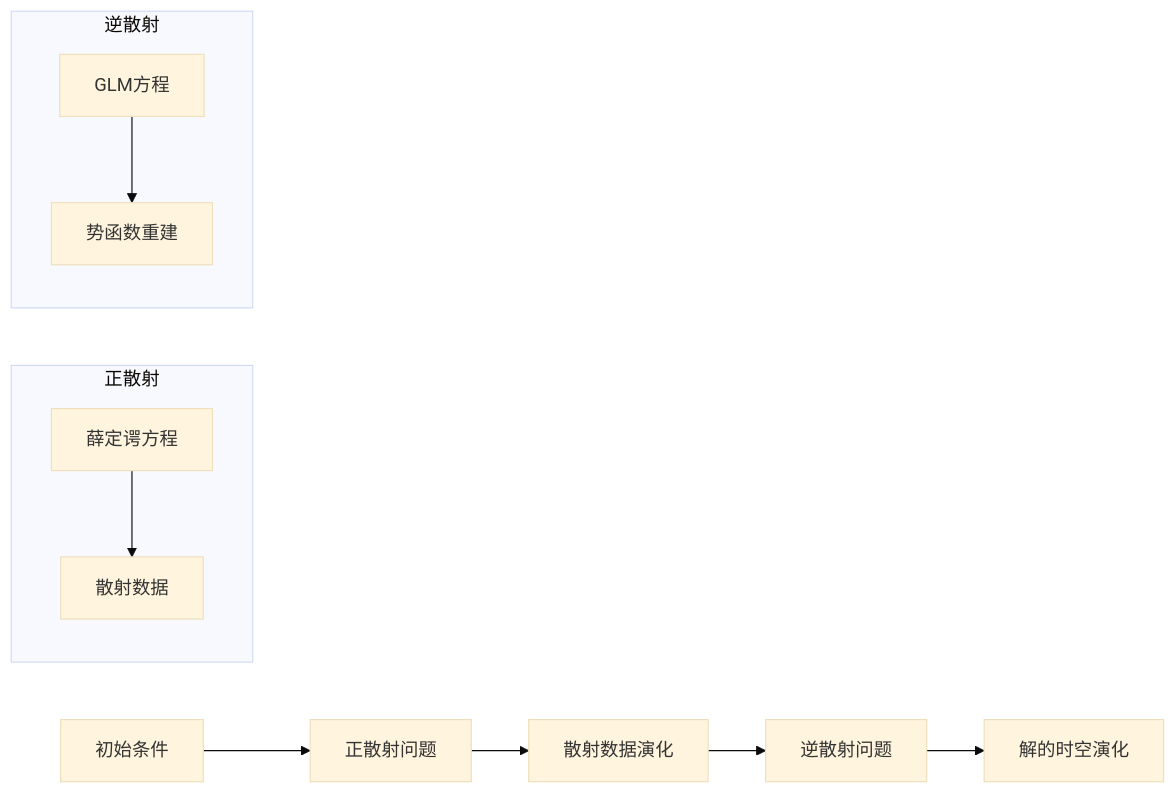
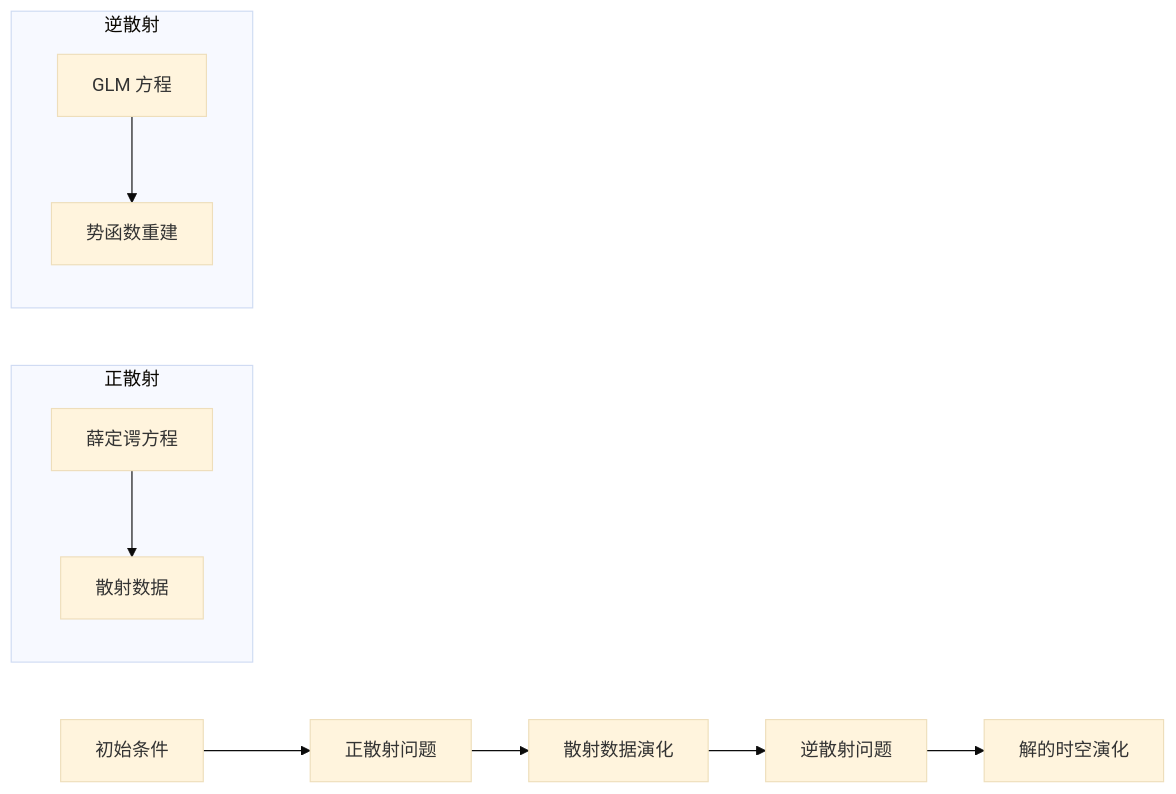
One commit to Tianshang301/TianshangKnowledgeBase changed the second of 2 diagrams in 02_NaturalSciences/Physics/ClassicalMechanics/NonlinearScience.md. Above: the diagram before and after it, drawn with Mermaid (base theme). The commit also changed other lines of this file and 2257 other files, not shown here.

````diff
--- a/02_NaturalSciences/Physics/ClassicalMechanics/NonlinearScience.md
+++ b/02_NaturalSciences/Physics/ClassicalMechanics/NonlinearScience.md
@@ -182,13 +184,13 @@
 ```mermaid
 graph LR
     A[初始条件] --> B[正散射问题]
     B --> C[散射数据演化]
     C --> D[逆散射问题]
     D --> E[解的时空演化]
     subgraph 正散射
     F[薛定谔方程] --> G[散射数据]
     end
     subgraph 逆散射
-    H[GLM方程] --> I[势函数重建]
+    H[GLM 方程] --> I[势函数重建]
     end
 ```
````
